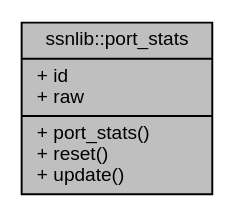
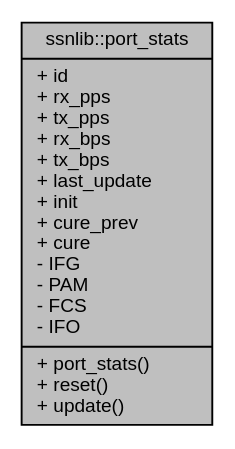
One commit to susanoog/susanoog.github.io changed the diagram in api/classssnlib_1_1port__stats__coll__graph.dot. Above: the diagram before and after it, drawn with Graphviz. The commit also changed 131 other files, not shown here.

```diff
--- a/api/classssnlib_1_1port__stats__coll__graph.dot
+++ b/api/classssnlib_1_1port__stats__coll__graph.dot
@@ -1,6 +1,6 @@
 digraph "ssnlib::port_stats"
 {
   edge [fontname="Helvetica",fontsize="10",labelfontname="Helvetica",labelfontsize="10"];
   node [fontname="Helvetica",fontsize="10",shape=record];
-  Node1 [label="{ssnlib::port_stats\n|+ id\l+ raw\l|+ port_stats()\l+ reset()\l+ update()\l}",height=0.2,width=0.4,color="black", fillcolor="grey75", style="filled", fontcolor="black"];
+  Node1 [label="{ssnlib::port_stats\n|+ id\l+ rx_pps\l+ tx_pps\l+ rx_bps\l+ tx_bps\l+ last_update\l+ init\l+ cure_prev\l+ cure\l- IFG\l- PAM\l- FCS\l- IFO\l|+ port_stats()\l+ reset()\l+ update()\l}",height=0.2,width=0.4,color="black", fillcolor="grey75", style="filled", fontcolor="black"];
 }
```
